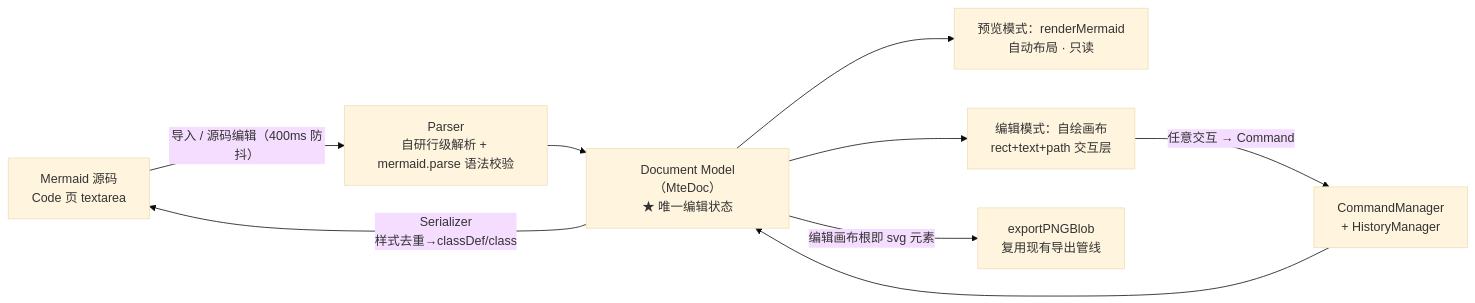
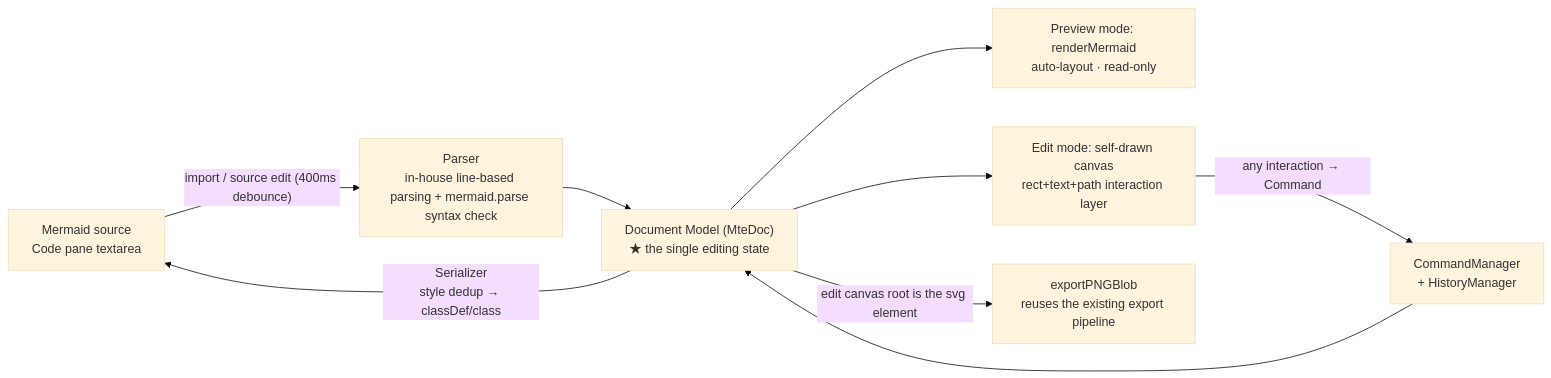
Before and after one commit to linke-e/MermaidToPng: the second of 2 diagrams in ARCHITECTURE.md, drawn with Mermaid (base theme). The commit also changed other lines of this file and 6 other files, not shown here.

````diff
--- a/ARCHITECTURE.md
+++ b/ARCHITECTURE.md
@@ -281,11 +208,11 @@
 ```mermaid
 graph LR
-  S["Mermaid 源码<br>Code 页 textarea"] -->|"导入 / 源码编辑（400ms 防抖）"| P["Parser<br>自研行级解析 + mermaid.parse 语法校验"]
-  P --> M["Document Model（MteDoc）<br>★ 唯一编辑状态"]
-  M -->|"Serializer<br>样式去重→classDef/class"| S
-  M --> R["预览模式：renderMermaid<br>自动布局 · 只读"]
-  M --> C["编辑模式：自绘画布<br>rect+text+path 交互层"]
-  C -->|"任意交互 → Command"| CM["CommandManager<br>+ HistoryManager"]
+  S["Mermaid source<br>Code pane textarea"] -->|"import / source edit (400ms debounce)"| P["Parser<br>in-house line-based parsing + mermaid.parse syntax check"]
+  P --> M["Document Model (MteDoc)<br>★ the single editing state"]
+  M -->|"Serializer<br>style dedup → classDef/class"| S
+  M --> R["Preview mode: renderMermaid<br>auto-layout · read-only"]
+  M --> C["Edit mode: self-drawn canvas<br>rect+text+path interaction layer"]
+  C -->|"any interaction → Command"| CM["CommandManager<br>+ HistoryManager"]
   CM --> M
-  M -->|"编辑画布根即 svg 元素"| E["exportPNGBlob<br>复用现有导出管线"]
+  M -->|"edit canvas root is the svg element"| E["exportPNGBlob<br>reuses the existing export pipeline"]
 ```
````
